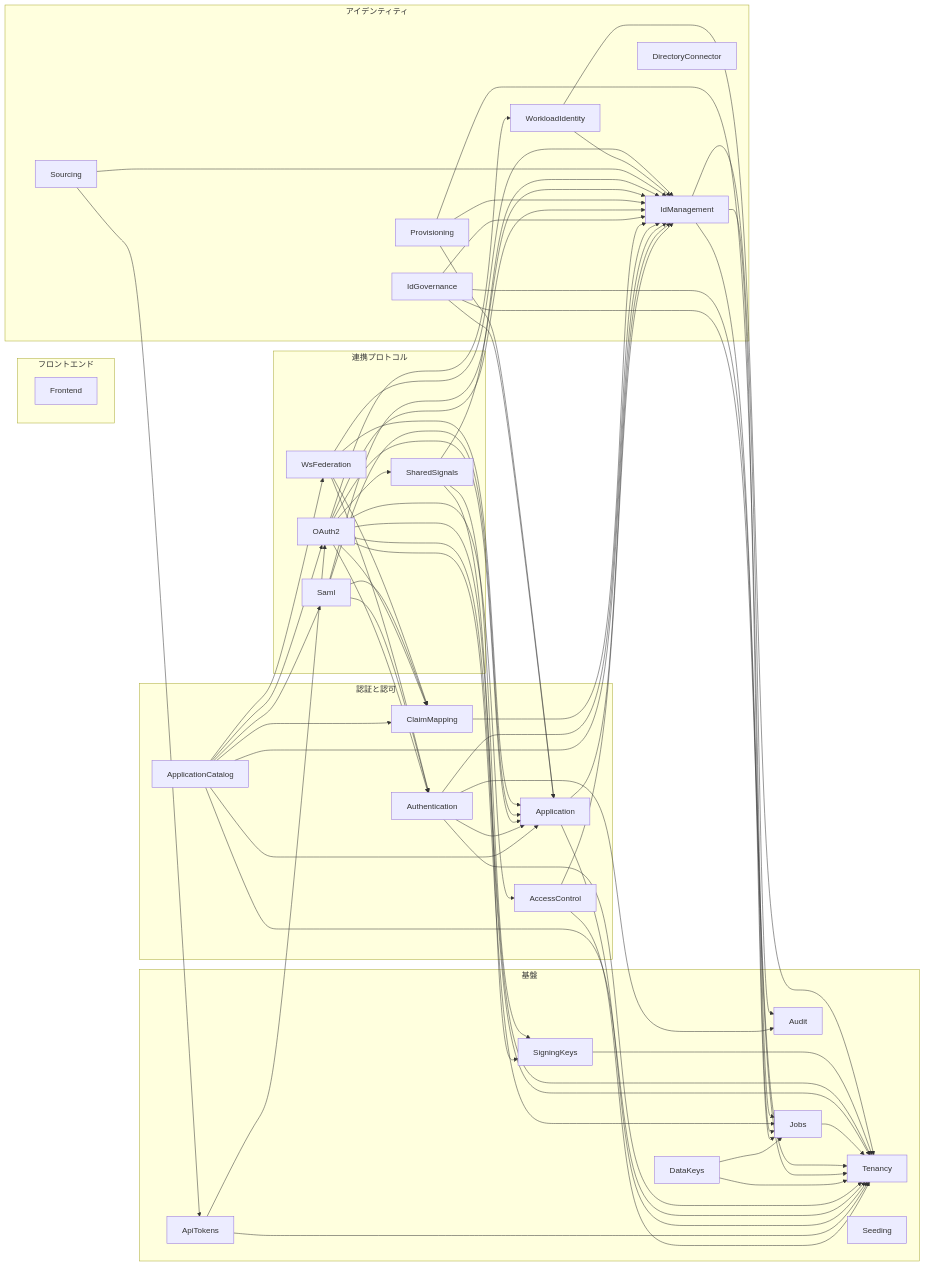
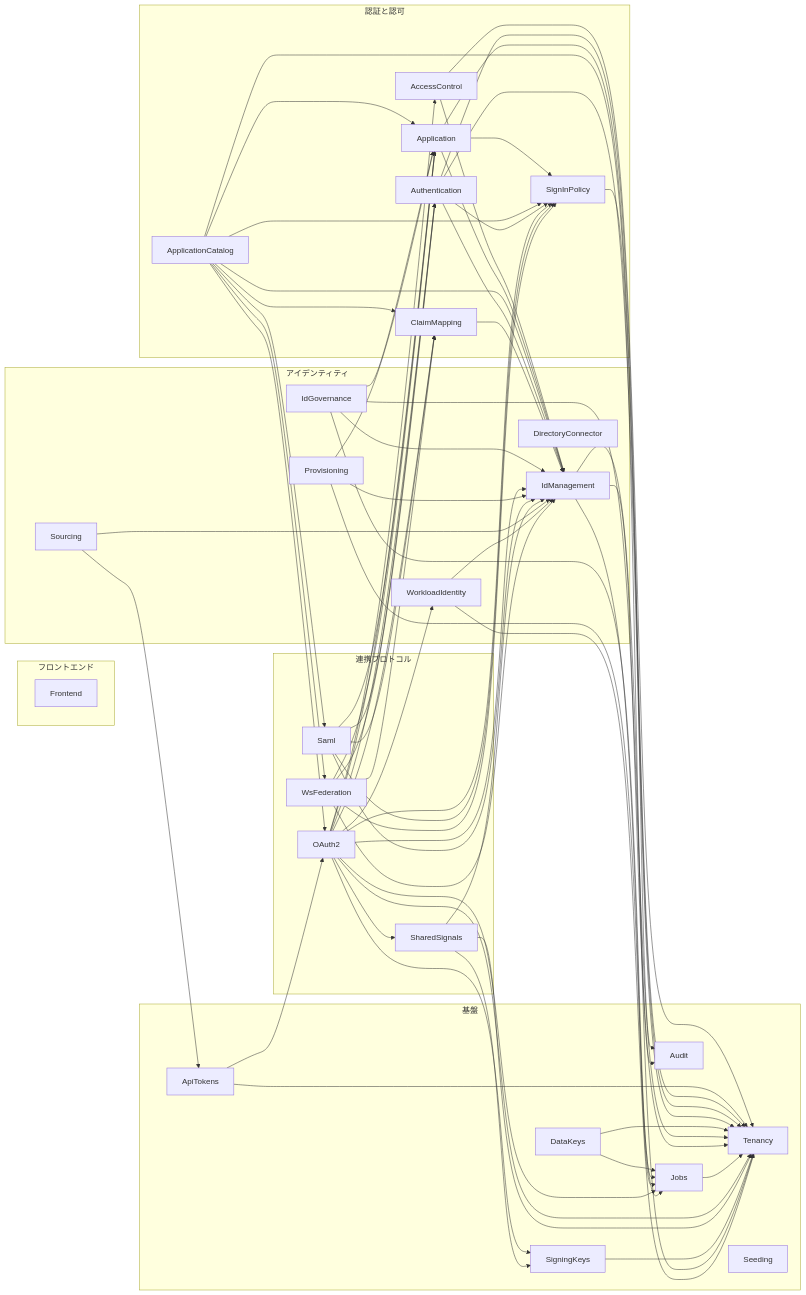
One commit to ambi/idmagic changed the diagram in docs/modules/README.md. Above: the diagram before and after it, drawn with Mermaid. The commit also changed other lines of this file and 86 other files, not shown here.

First line of the commit message:
refactor(sign-in-policy): separate policy ownership from application

````diff
--- a/docs/modules/README.md
+++ b/docs/modules/README.md
@@ -134,6 +135,7 @@
     Authentication
     AccessControl
     Application
+    SignInPolicy
     ApplicationCatalog
     ClaimMapping
   end
@@ -148,17 +150,19 @@
   ApiTokens --> OAuth2
   ApiTokens --> Tenancy
   Application --> IdManagement
+  Application --> SignInPolicy
   Application --> Tenancy
   ApplicationCatalog --> Application
   ApplicationCatalog --> ClaimMapping
   ApplicationCatalog --> IdManagement
   ApplicationCatalog --> OAuth2
   ApplicationCatalog --> Saml
+  ApplicationCatalog --> SignInPolicy
   ApplicationCatalog --> Tenancy
   ApplicationCatalog --> WsFederation
-  Authentication --> Application
   Authentication --> Audit
   Authentication --> IdManagement
+  Authentication --> SignInPolicy
   Authentication --> Tenancy
   ClaimMapping --> IdManagement
   DataKeys --> Jobs
@@ -179,6 +183,7 @@
   OAuth2 --> Jobs
   OAuth2 --> SharedSignals
   OAuth2 --> SigningKeys
+  OAuth2 --> SignInPolicy
   OAuth2 --> Tenancy
   OAuth2 --> WorkloadIdentity
   Provisioning --> Application
@@ -188,10 +193,12 @@
   Saml --> Authentication
   Saml --> ClaimMapping
   Saml --> IdManagement
+  Saml --> SignInPolicy
   SharedSignals --> IdManagement
   SharedSignals --> SigningKeys
   SharedSignals --> Tenancy
   SigningKeys --> Tenancy
+  SignInPolicy --> Tenancy
   Sourcing --> ApiTokens
   Sourcing --> IdManagement
   WorkloadIdentity --> IdManagement
@@ -200,4 +207,5 @@
   WsFederation --> Authentication
   WsFederation --> ClaimMapping
   WsFederation --> IdManagement
+  WsFederation --> SignInPolicy
 ```
````
